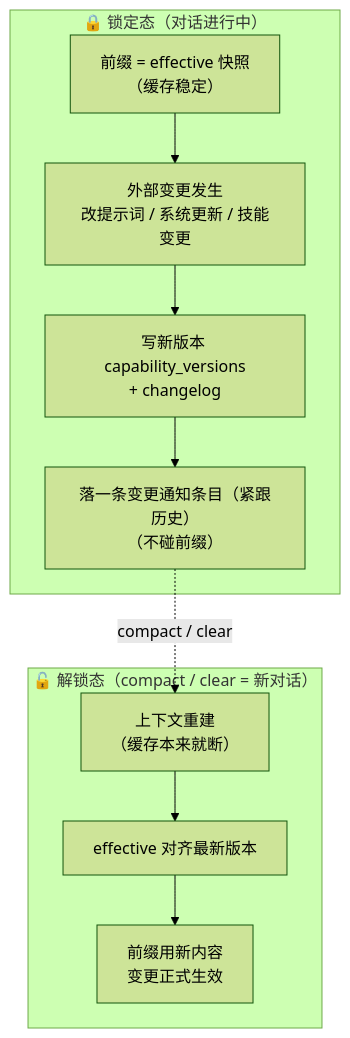
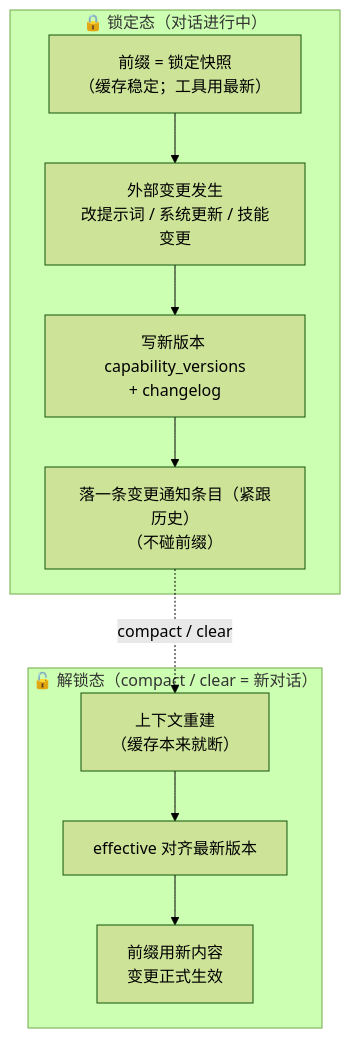
The diagram in docs/dev/capability_lazy_loading.md (Coprexist/Copree), drawn with Mermaid (forest theme) before and after one commit. The commit also changed other lines of this file and 13 other files, not shown here.

````diff
--- a/docs/dev/capability_lazy_loading.md
+++ b/docs/dev/capability_lazy_loading.md
@@ -153,19 +150,19 @@
 ```mermaid
 flowchart TD
     subgraph 锁定态["🔒 锁定态（对话进行中）"]
-        A1["前缀 = effective 快照<br/>（缓存稳定）"]
+        A1["前缀 = 锁定快照<br/>（缓存稳定；工具用最新）"]
         A2["外部变更发生<br/>改提示词 / 系统更新 / 技能变更"]
         A3["写新版本 capability_versions<br/>+ changelog"]
         A4["落一条变更通知条目（紧跟历史）<br/>（不碰前缀）"]
         A1 --> A2 --> A3 --> A4
     end
 
     subgraph 解锁态["🔓 解锁态（compact / clear = 新对话）"]
         B1["上下文重建<br/>（缓存本来就断）"]
         B2["effective 对齐最新版本"]
         B3["前缀用新内容<br/>变更正式生效"]
         B1 --> B2 --> B3
     end
 
     A4 -. "compact / clear" .-> B1
 ```
````
